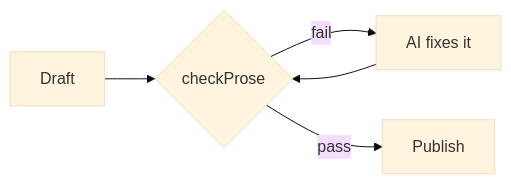
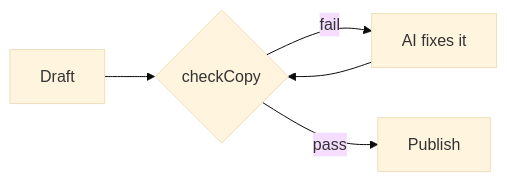
Before and after one commit to skyf0xx/hedgehog-core-copywriting-prose-engineering: the second of 2 diagrams in README.md, drawn with Mermaid (base theme). The commit also changed other lines of this file, not shown here.

````diff
--- a/README.md
+++ b/README.md
@@ -65,7 +63,7 @@
 ```mermaid
 flowchart LR
-    Draft --> Check{checkProse}
+    Draft --> Check{checkCopy}
     Check -- fail --> Fix[AI fixes it]
     Fix --> Check
     Check -- pass --> Publish
 ```
````
